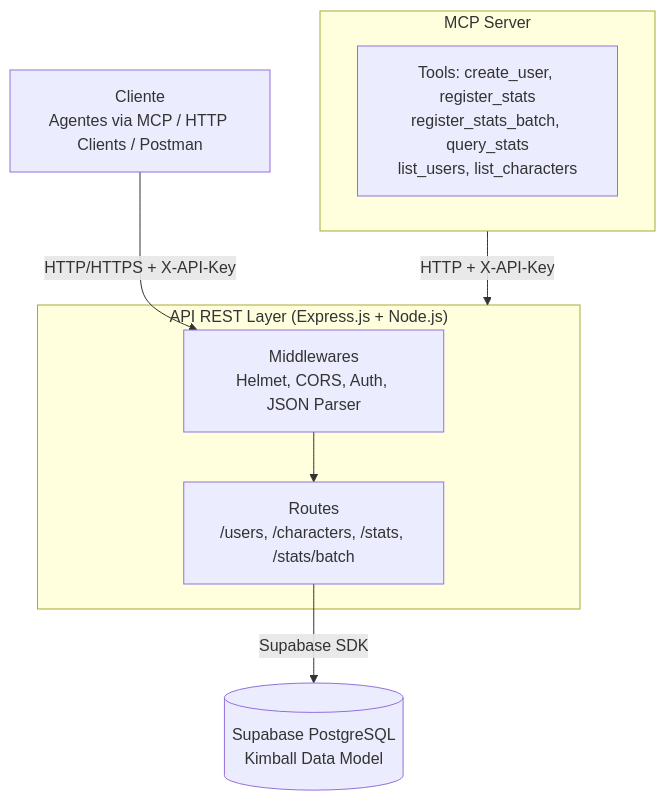
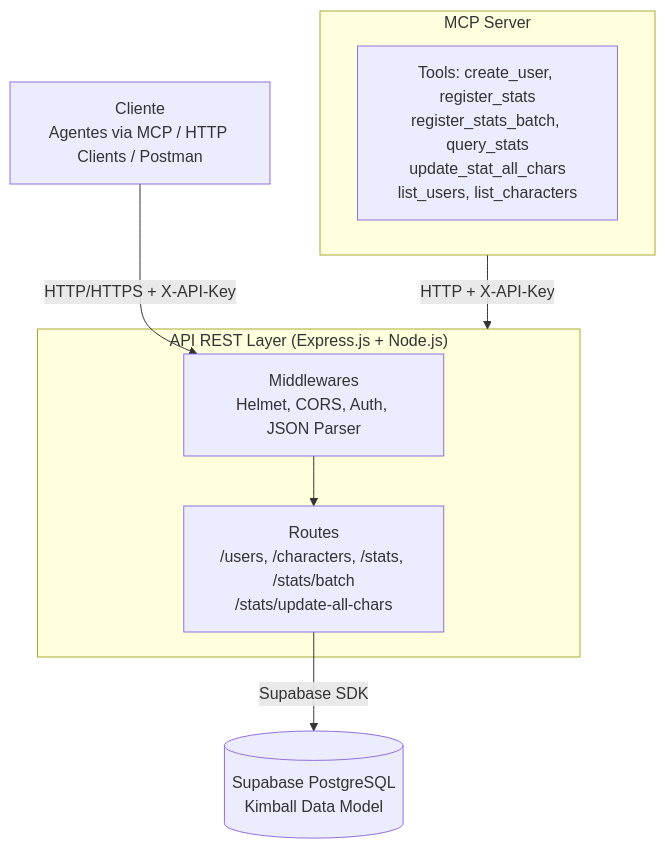
One commit to g-soldera/gc-management-api changed the first of 8 diagrams in ARCHITECTURE.md. Above: the diagram before and after it, drawn with Mermaid. The commit also changed other lines of this file, not shown here.

First line of the commit message:
docs: update ARCHITECTURE.md with batch update flow + SQL functions

````diff
--- a/ARCHITECTURE.md
+++ b/ARCHITECTURE.md
@@ -9,20 +9,20 @@
 ```mermaid
 graph TB
     Client[Cliente<br/>Agentes via MCP / HTTP Clients / Postman]
     
     subgraph API["API REST Layer (Express.js + Node.js)"]
         Middleware[Middlewares<br/>Helmet, CORS, Auth, JSON Parser]
-        Routes[Routes<br/>/users, /characters, /stats, /stats/batch]
+        Routes[Routes<br/>/users, /characters, /stats, /stats/batch<br/>/stats/update-all-chars]
     end
     
     DB[(Supabase PostgreSQL<br/>Kimball Data Model)]
     
     subgraph MCP[MCP Server]
-        Tools[Tools: create_user, register_stats<br/>register_stats_batch, query_stats<br/>list_users, list_characters]
+        Tools[Tools: create_user, register_stats<br/>register_stats_batch, query_stats<br/>update_stat_all_chars<br/>list_users, list_characters]
     end
     
     Client -->|HTTP/HTTPS + X-API-Key| Middleware
     Middleware --> Routes
     Routes -->|Supabase SDK| DB
     MCP -->|HTTP + X-API-Key| API
 ```
````
